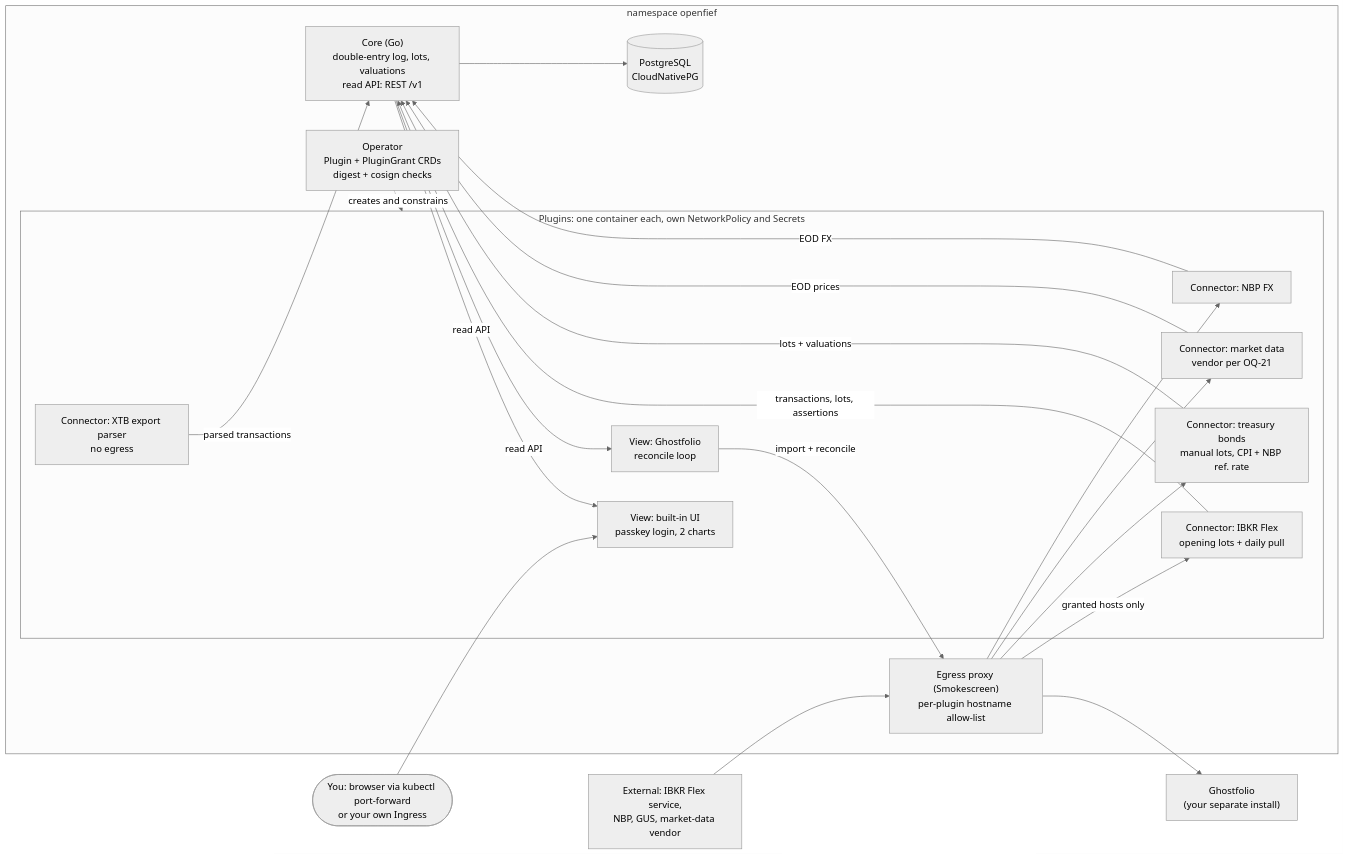
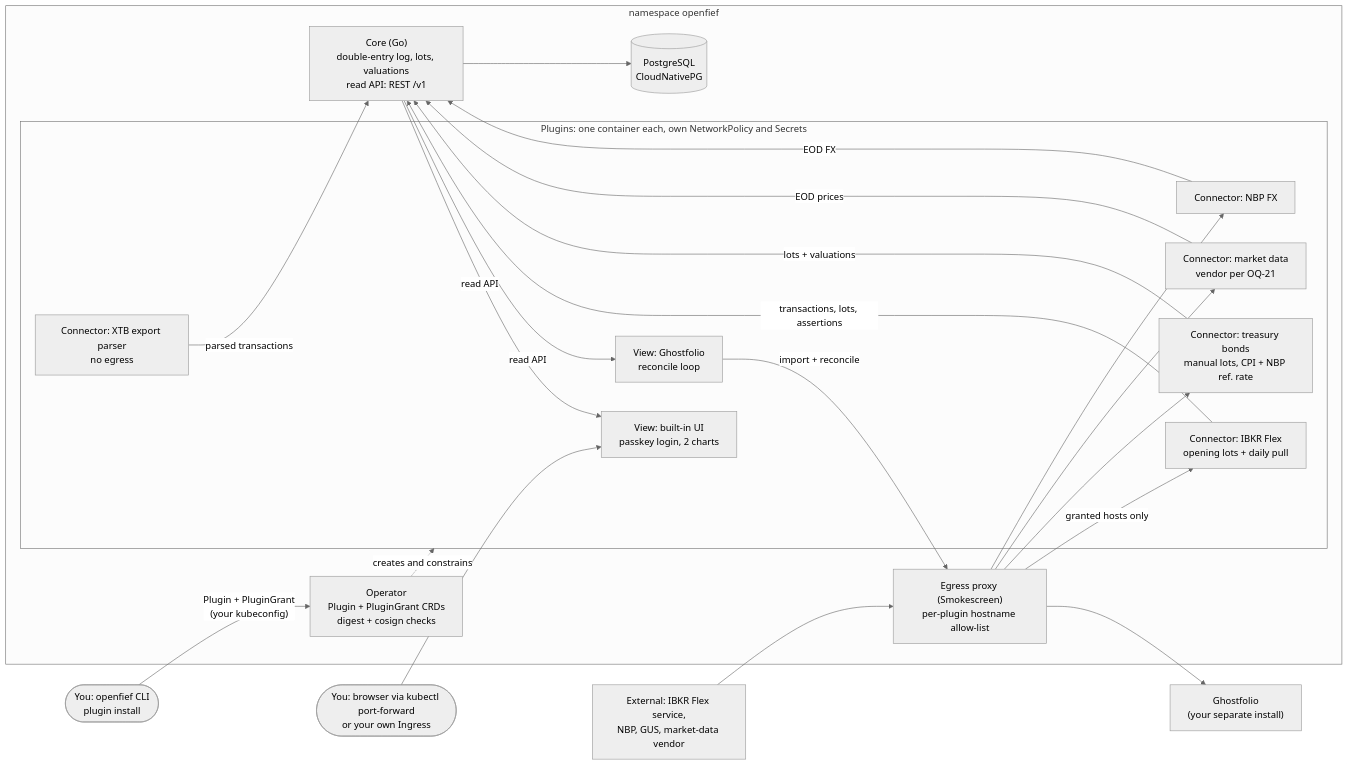
One commit to arkadiuss/openfief changed the first of 2 diagrams in docs/DESIGN.md. Above: the diagram before and after it, drawn with Mermaid (neutral theme). The commit also changed other lines of this file and 51 other files, not shown here.

````diff
--- a/docs/DESIGN.md
+++ b/docs/DESIGN.md
@@ -48,41 +48,43 @@
 ```mermaid
 flowchart LR
   you(["You: browser via kubectl port-forward<br/>or your own Ingress"])
+  cli(["You: openfief CLI<br/>plugin install"])
 
   subgraph ns["namespace openfief"]
     op["Operator<br/>Plugin + PluginGrant CRDs<br/>digest + cosign checks"]
     core["Core (Go)<br/>double-entry log, lots, valuations<br/>read API: REST /v1"]
     pg[("PostgreSQL<br/>CloudNativePG")]
     egress["Egress proxy (Smokescreen)<br/>per-plugin hostname allow-list"]
     subgraph plugins["Plugins: one container each, own NetworkPolicy and Secrets"]
       ui["View: built-in UI<br/>passkey login, 2 charts"]
       gfp["View: Ghostfolio<br/>reconcile loop"]
       ibkr["Connector: IBKR Flex<br/>opening lots + daily pull"]
       xtb["Connector: XTB export parser<br/>no egress"]
       bonds["Connector: treasury bonds<br/>manual lots, CPI + NBP ref. rate"]
       md["Connector: market data<br/>vendor per OQ-21"]
       nbp["Connector: NBP FX"]
     end
   end
 
   gf["Ghostfolio<br/>(your separate install)"]
   ext["External: IBKR Flex service,<br/>NBP, GUS, market-data vendor"]
 
+  cli -- "Plugin + PluginGrant<br/>(your kubeconfig)" --> op
   op -. "creates and constrains" .-> plugins
   core --> pg
   you --> ui
   core -- "read API" --> ui
   core -- "read API" --> gfp
   gfp -- "import + reconcile" --> egress
   egress --> gf
   ibkr -- "transactions, lots, assertions" --> core
   xtb -- "parsed transactions" --> core
   bonds -- "lots + valuations" --> core
   md -- "EOD prices" --> core
   nbp -- "EOD FX" --> core
   ext --> egress
   egress -- "granted hosts only" --> ibkr
   egress --> bonds
   egress --> md
   egress --> nbp
 ```
````
